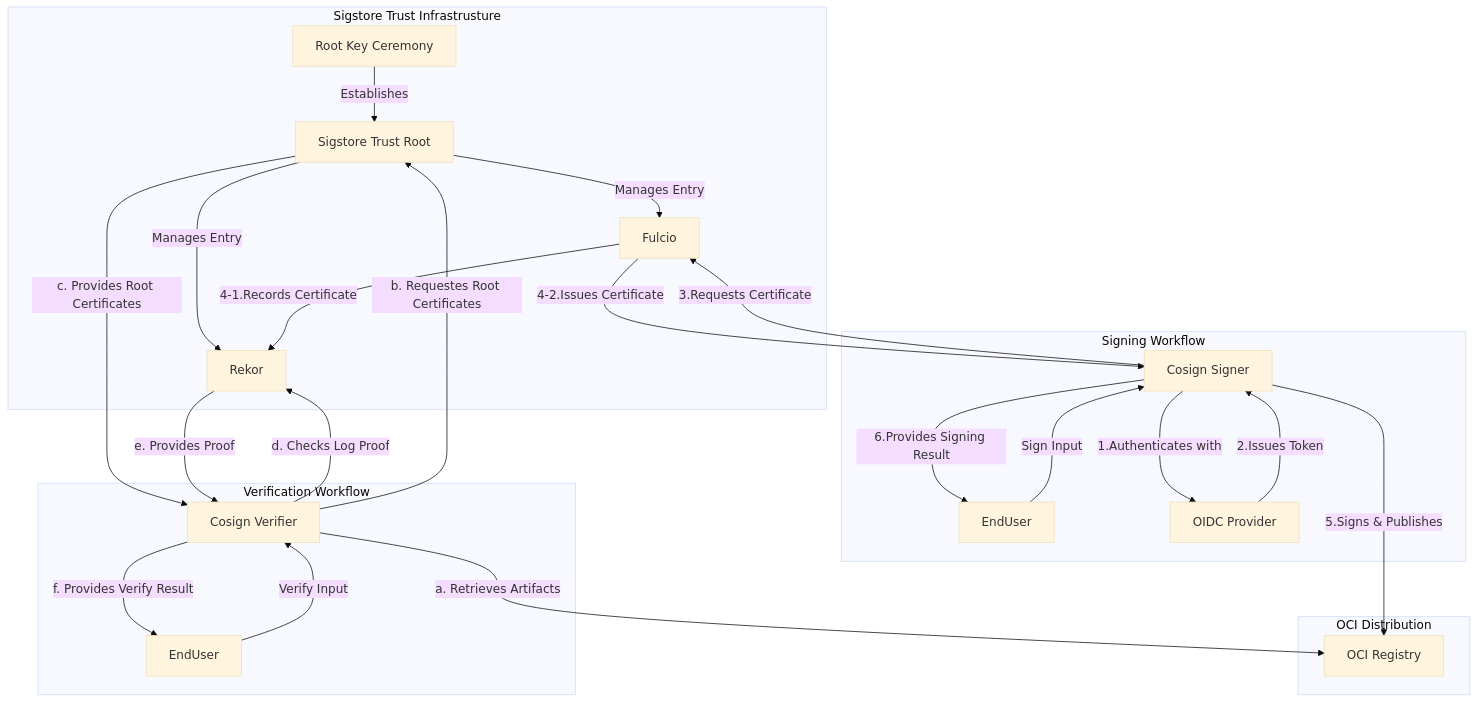
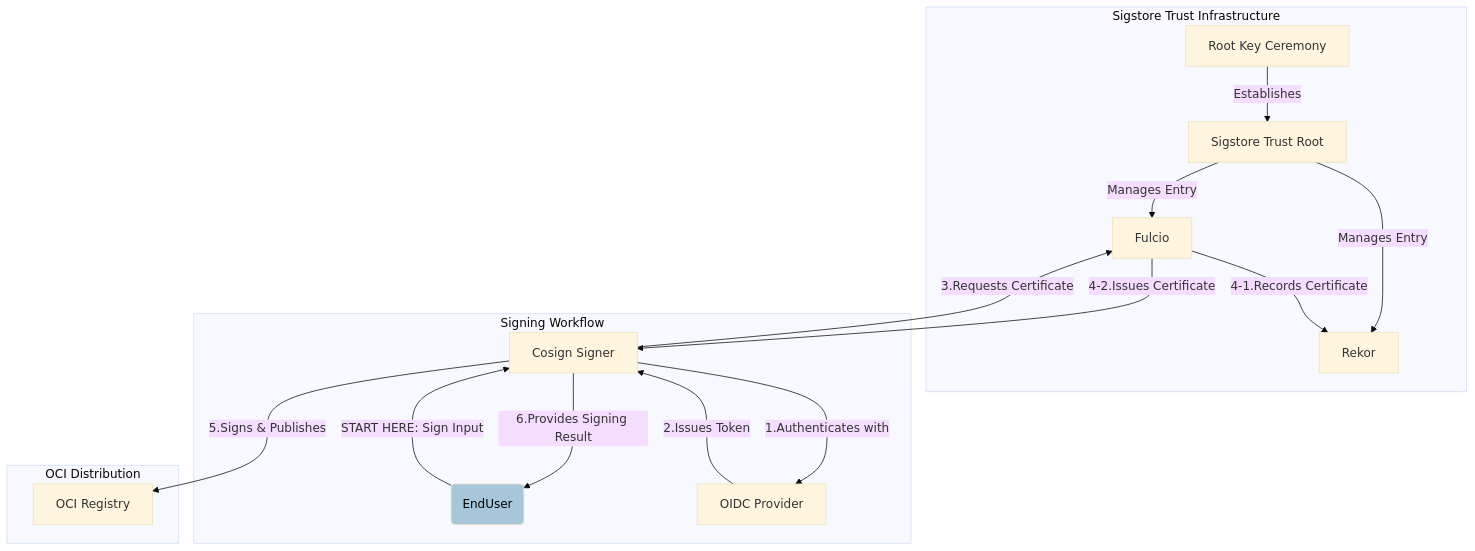
Before and after one commit to ratify-project/ratify-verifier-go: the first of 2 diagrams in cosign/README.md, drawn with Mermaid (base theme). The commit also changed other lines of this file, not shown here.

````diff
--- a/cosign/README.md
+++ b/cosign/README.md
@@ -15,33 +18,25 @@
 ```mermaid
 flowchart TD
-    subgraph Sigstore Trust Infrastrusture
+    subgraph Sigstore Trust Infrastructure
         TUF[Root Key Ceremony] -->|Establishes| TR[Sigstore Trust Root]
         TR -->|Manages Entry| CA[Fulcio]
         TR -->|Manages Entry| REKOR[Rekor]
     end
 
     subgraph Signing Workflow
-        SU[EndUser] -->|Sign Input| SR[Cosign Signer]
+        SU(EndUser) -->|START HERE: Sign Input| SR[Cosign Signer]
         SR -->|1.Authenticates with| OIDC[OIDC Provider]
         OIDC -->|2.Issues Token| SR
         SR -->|3.Requests Certificate| CA
         CA -->|4-1.Records Certificate| REKOR
         CA -->|4-2.Issues Certificate| SR
         SR -->|6.Provides Signing Result| SU
         
     end
 
-    subgraph Verification Workflow
-        VU[EndUser] -->|Verify Input|VR[Cosign Verifier]
-        VR -->|d. Checks Log Proof| REKOR
-        VR -->|b. Requestes Root Certificates| TR
-        TR -->|c. Provides Root Certificates| VR
-        REKOR -->|e. Provides Proof| VR 
-        VR -->|f. Provides Verify Result| VU
+    subgraph OCI Distribution
+        SR -->|5.Signs & Publishes| REG[OCI Registry]
     end
 
-    subgraph OCI Distribution
-        VR -->|a. Retrieves Artifacts| REG[OCI Registry]
-        SR -->|5.Signs & Publishes| REG
-    end
+    style SU fill:#A7C6DA, color: #000000
 ```
````
